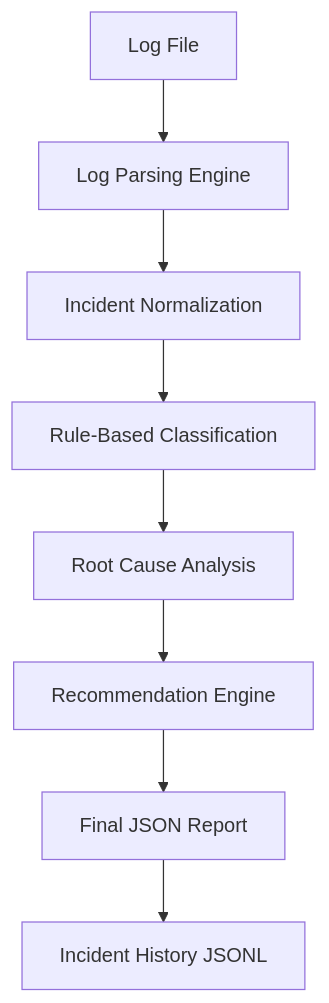
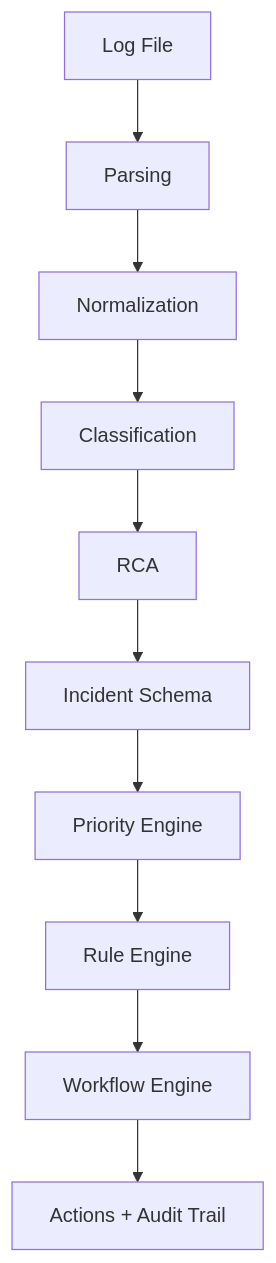
One commit to KNIHAL/atlas changed the diagram in README.md. Above: the diagram before and after it, drawn with Mermaid. The commit also changed other lines of this file and 38 other files, not shown here.

````diff
--- a/README.md
+++ b/README.md
@@ -35,11 +51,12 @@
 ```mermaid
 flowchart TD
-    A[Log File] --> B[Log Parsing Engine]
-    B --> C[Incident Normalization]
-    C --> D[Rule-Based Classification]
-    D --> E[Root Cause Analysis]
-    E --> F[Recommendation Engine]
-    F --> G[Final JSON Report]
-    G --> H[Incident History JSONL]
-
+    A[Log File] --> B[Parsing]
+    B --> C[Normalization]
+    C --> D[Classification]
+    D --> E[RCA]
+    E --> F[Incident Schema]
+    F --> G[Priority Engine]
+    G --> H[Rule Engine]
+    H --> I[Workflow Engine]
+    I --> J[Actions + Audit Trail]
 ```
````
